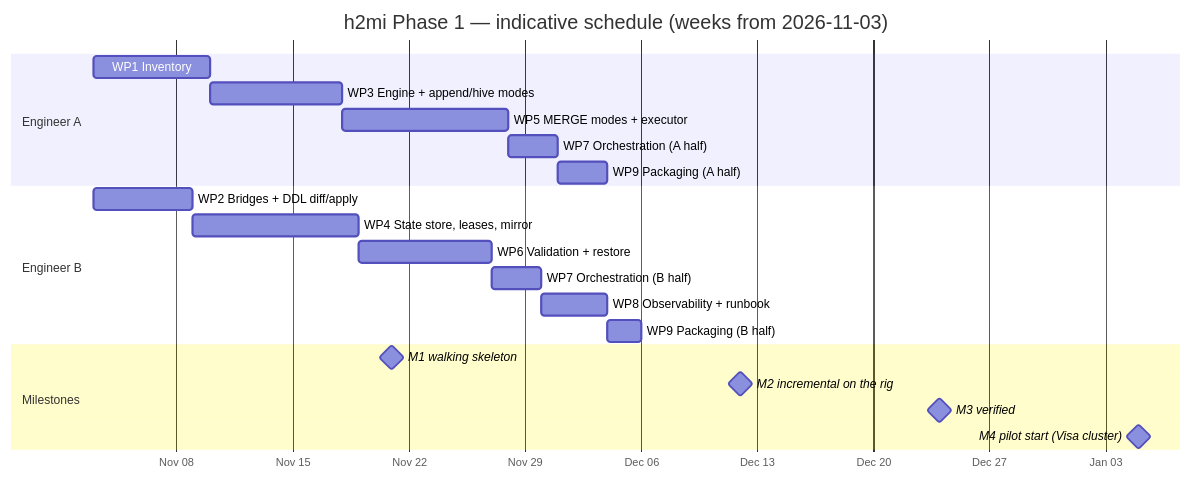
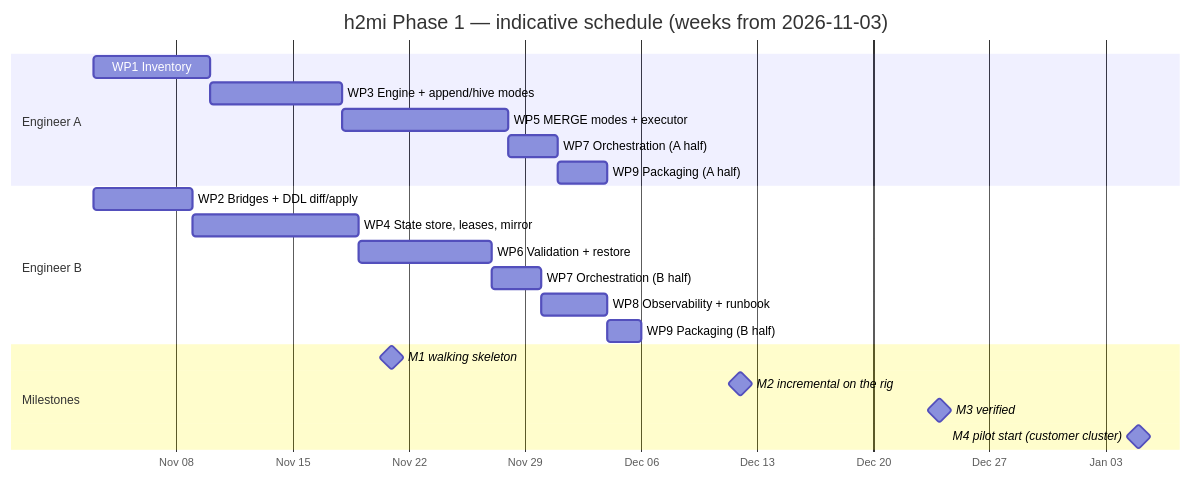
The diagram in docs/implementation_plan.md (databricks-solutions/specialist-offerings), drawn with Mermaid before and after one commit. The commit also changed other lines of this file and 18 other files, not shown here.

````diff
--- a/docs/implementation_plan.md
+++ b/docs/implementation_plan.md
@@ -95,24 +95,24 @@
 ```mermaid
 gantt
   title h2mi Phase 1 — indicative schedule (weeks from 2026-11-03)
   dateFormat  YYYY-MM-DD
   axisFormat  %b %d
   section Engineer A
   WP1 Inventory                     :a1, 2026-11-03, 7d
   WP3 Engine + append/hive modes    :a2, after a1, 8d
   WP5 MERGE modes + executor        :a3, after a2, 10d
   WP7 Orchestration (A half)        :a4, after a3, 3d
   WP9 Packaging (A half)            :a5, after a4, 3d
   section Engineer B
   WP2 Bridges + DDL diff/apply      :b1, 2026-11-03, 6d
   WP4 State store, leases, mirror   :b2, after b1, 10d
   WP6 Validation + restore          :b3, after b2, 8d
   WP7 Orchestration (B half)        :b4, after b3, 3d
   WP8 Observability + runbook       :b5, after b4, 4d
   WP9 Packaging (B half)            :b6, after b5, 2d
   section Milestones
   M1 walking skeleton               :milestone, m1, 2026-11-21, 0d
   M2 incremental on the rig         :milestone, m2, 2026-12-12, 0d
   M3 verified                       :milestone, m3, 2026-12-24, 0d
-  M4 pilot start (Visa cluster)     :milestone, m4, 2027-01-05, 0d
+  M4 pilot start (customer cluster)     :milestone, m4, 2027-01-05, 0d
 ```
````
